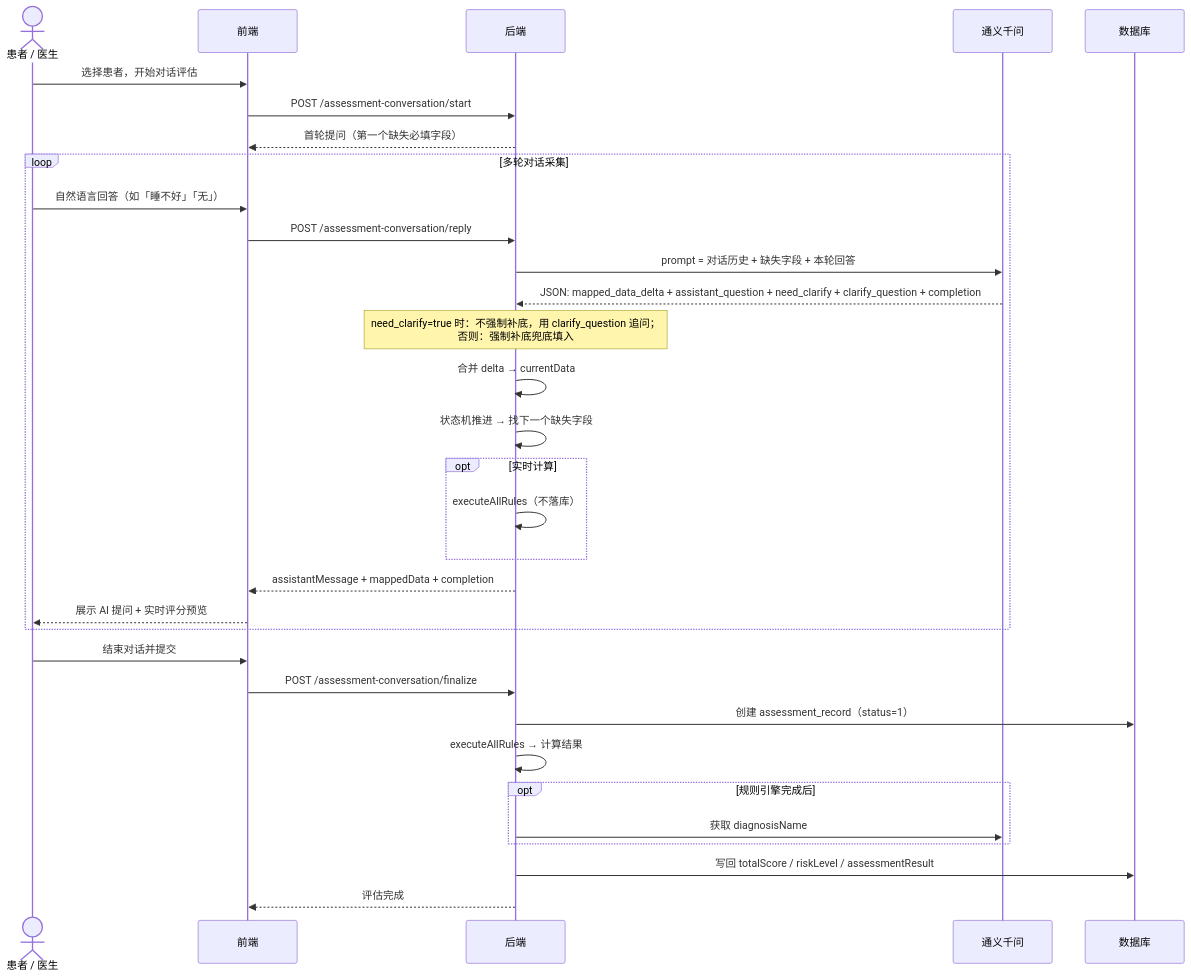
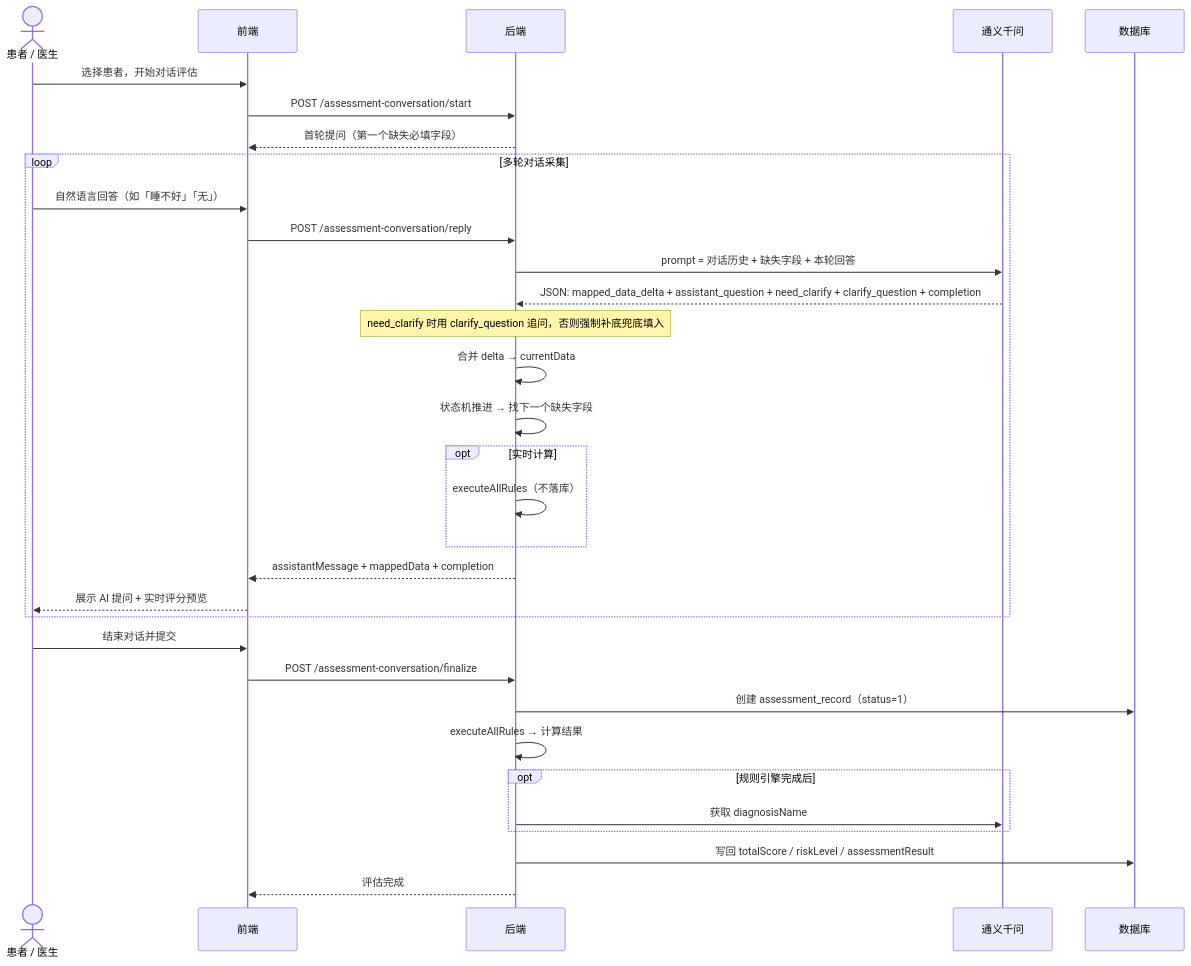
Before and after one commit to Axi-code/structured-clinical-assessment-tool-system: the third of 10 diagrams in docs/core-data-flows.md, drawn with Mermaid. The commit also changed other lines of this file and 1 other file, not shown here.

Commit message:
README新增流程图

````diff
--- a/docs/core-data-flows.md
+++ b/docs/core-data-flows.md
@@ -107,37 +107,37 @@
 ```mermaid
 sequenceDiagram
     actor U as 患者 / 医生
     participant F as 前端
     participant B as 后端
     participant LLM as 通义千问
     participant DB as 数据库
 
     U->>F: 选择患者，开始对话评估
     F->>B: POST /assessment-conversation/start
     B-->>F: 首轮提问（第一个缺失必填字段）
 
     loop 多轮对话采集
         U->>F: 自然语言回答（如「睡不好」「无」）
         F->>B: POST /assessment-conversation/reply
         B->>LLM: prompt = 对话历史 + 缺失字段 + 本轮回答
         LLM-->>B: JSON: mapped_data_delta + assistant_question + need_clarify + clarify_question + completion
-        Note over B: need_clarify=true 时：不强制补底，用 clarify_question 追问；<br/>否则：强制补底兜底填入
+        Note over B: need_clarify 时用 clarify_question 追问，否则强制补底兜底填入
         B->>B: 合并 delta → currentData
         B->>B: 状态机推进 → 找下一个缺失字段
         opt 实时计算
             B->>B: executeAllRules（不落库）
         end
         B-->>F: assistantMessage + mappedData + completion
         F-->>U: 展示 AI 提问 + 实时评分预览
     end
 
     U->>F: 结束对话并提交
     F->>B: POST /assessment-conversation/finalize
     B->>DB: 创建 assessment_record（status=1）
     B->>B: executeAllRules → 计算结果
     opt 规则引擎完成后
         B->>LLM: 获取 diagnosisName
     end
     B->>DB: 写回 totalScore / riskLevel / assessmentResult
     B-->>F: 评估完成
 ```
````
